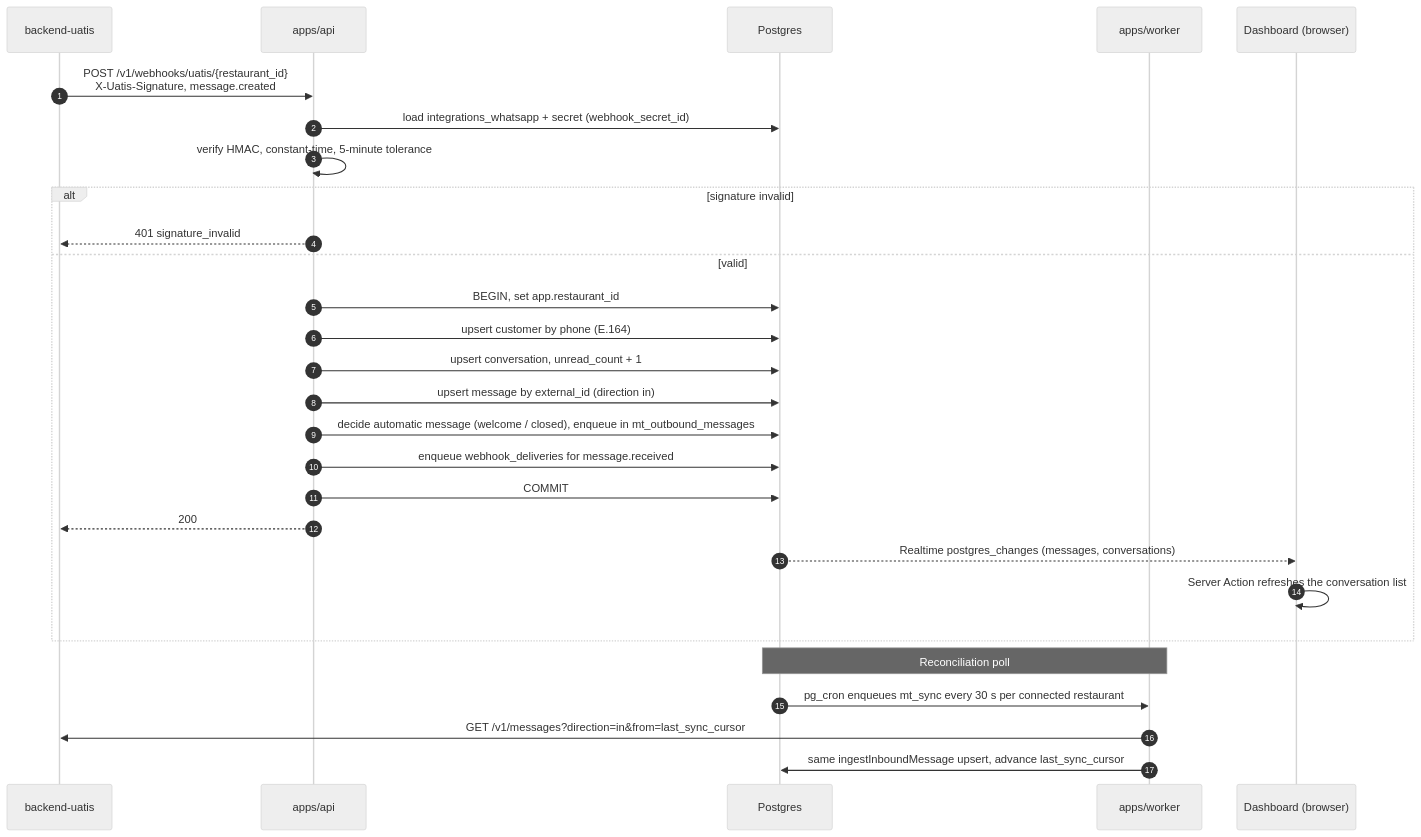
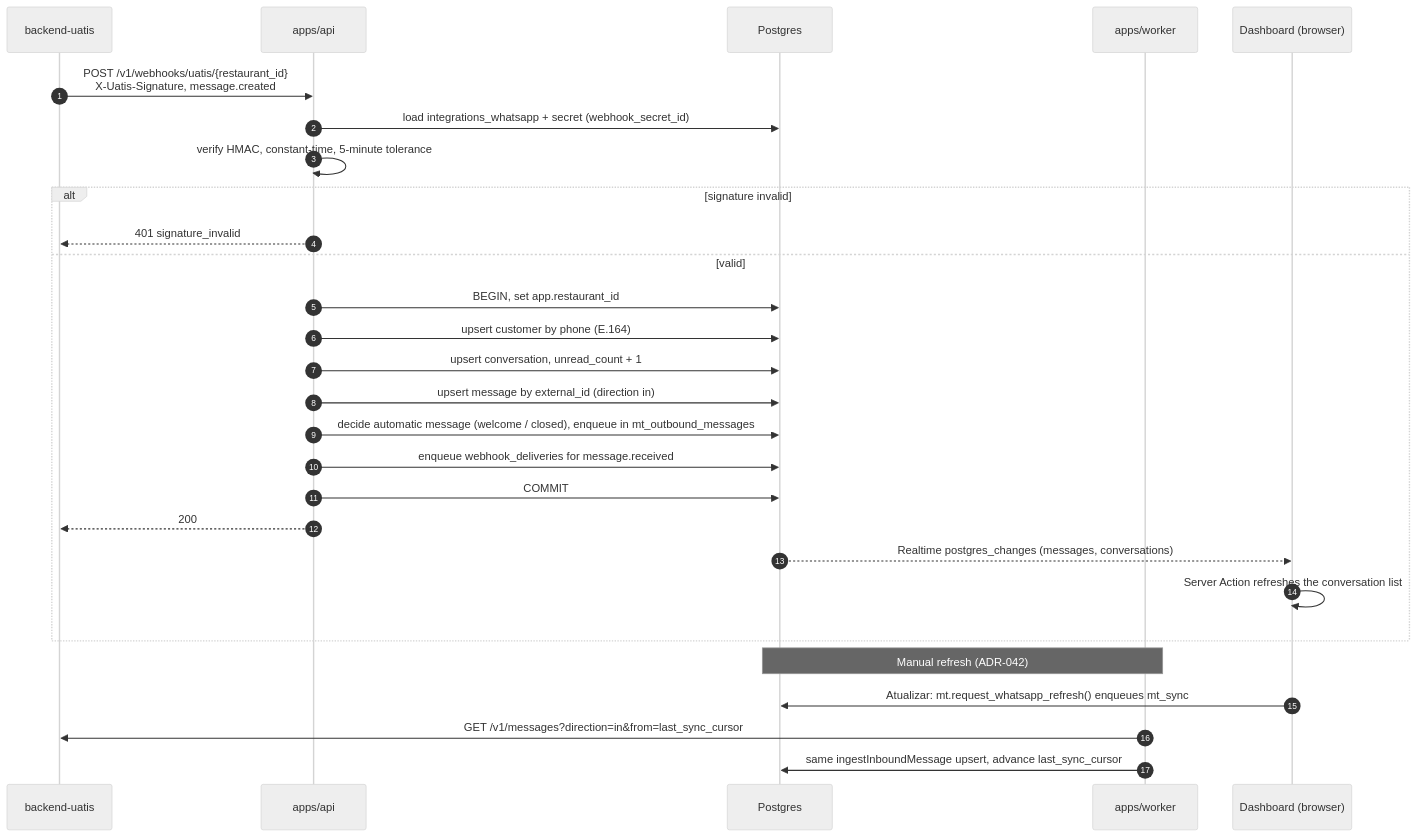
One commit to grossl/marmitop changed the second of 6 diagrams in docs/04.architecture.md. Above: the diagram before and after it, drawn with Mermaid (neutral theme). The commit also changed other lines of this file and 12 other files, not shown here.

Commit message:
docs(uatis): webhook only, manual refresh per ADR-042, FR-107, FR-170..FR-178

````diff
--- a/docs/04.architecture.md
+++ b/docs/04.architecture.md
@@ -101,32 +101,32 @@
 ```mermaid
 sequenceDiagram
   autonumber
   participant UA as backend-uatis
   participant API as apps/api
   participant DB as Postgres
   participant WK as apps/worker
   participant D as Dashboard (browser)
 
   UA->>API: POST /v1/webhooks/uatis/{restaurant_id}<br/>X-Uatis-Signature, message.created
   API->>DB: load integrations_whatsapp + secret (webhook_secret_id)
   API->>API: verify HMAC, constant-time, 5-minute tolerance
   alt signature invalid
     API-->>UA: 401 signature_invalid
   else valid
     API->>DB: BEGIN, set app.restaurant_id
     API->>DB: upsert customer by phone (E.164)
     API->>DB: upsert conversation, unread_count + 1
     API->>DB: upsert message by external_id (direction in)
     API->>DB: decide automatic message (welcome / closed), enqueue in mt_outbound_messages
     API->>DB: enqueue webhook_deliveries for message.received
     API->>DB: COMMIT
     API-->>UA: 200
     DB-->>D: Realtime postgres_changes (messages, conversations)
     D->>D: Server Action refreshes the conversation list
   end
 
-  Note over WK,DB: Reconciliation poll
-  DB->>WK: pg_cron enqueues mt_sync every 30 s per connected restaurant
+  Note over WK,DB: Manual refresh (ADR-042)
+  D->>DB: Atualizar: mt.request_whatsapp_refresh() enqueues mt_sync
   WK->>UA: GET /v1/messages?direction=in&from=last_sync_cursor
   WK->>DB: same ingestInboundMessage upsert, advance last_sync_cursor
 ```
````
